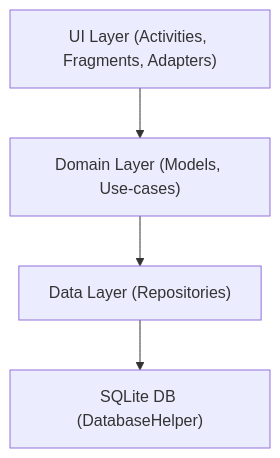
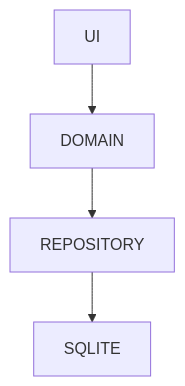
The seventh of 17 diagrams in README.md (a3emond/delivery-app-android-fall2025), drawn with Mermaid before and after one commit. The commit also changed other lines of this file and 44 other files, not shown here.

````diff
--- a/README.md
+++ b/README.md
@@ -220,8 +308,6 @@
 ```mermaid
 flowchart TD
-
-UI["UI Layer (Activities, Fragments, Adapters)"] --> DOMAIN["Domain Layer (Models, Use-cases)"]
-DOMAIN --> DATA["Data Layer (Repositories)"]
-DATA --> SQLITE["SQLite DB (DatabaseHelper)"]
-
+    UI --> DOMAIN
+    DOMAIN --> REPOSITORY
+    REPOSITORY --> SQLITE
 ```
````
